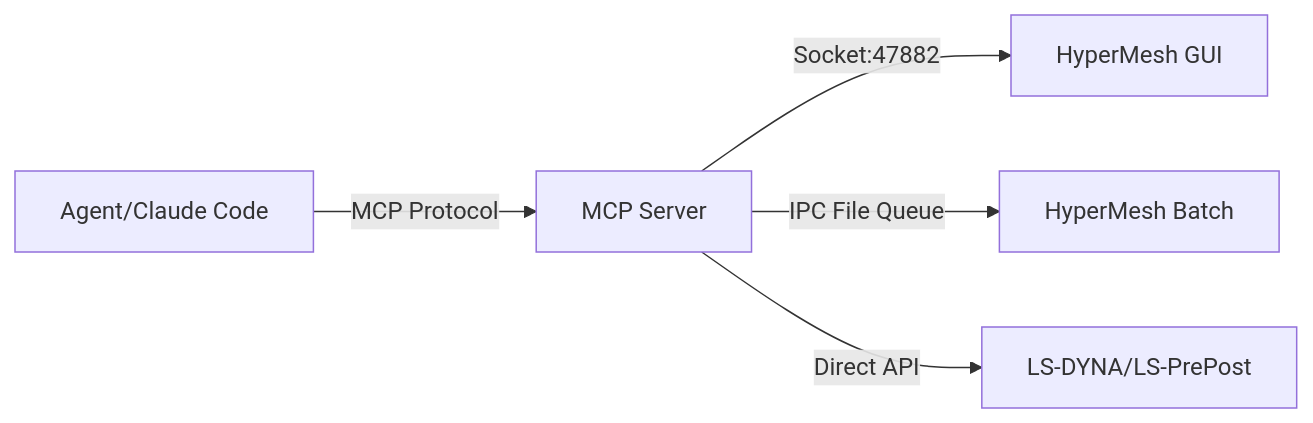
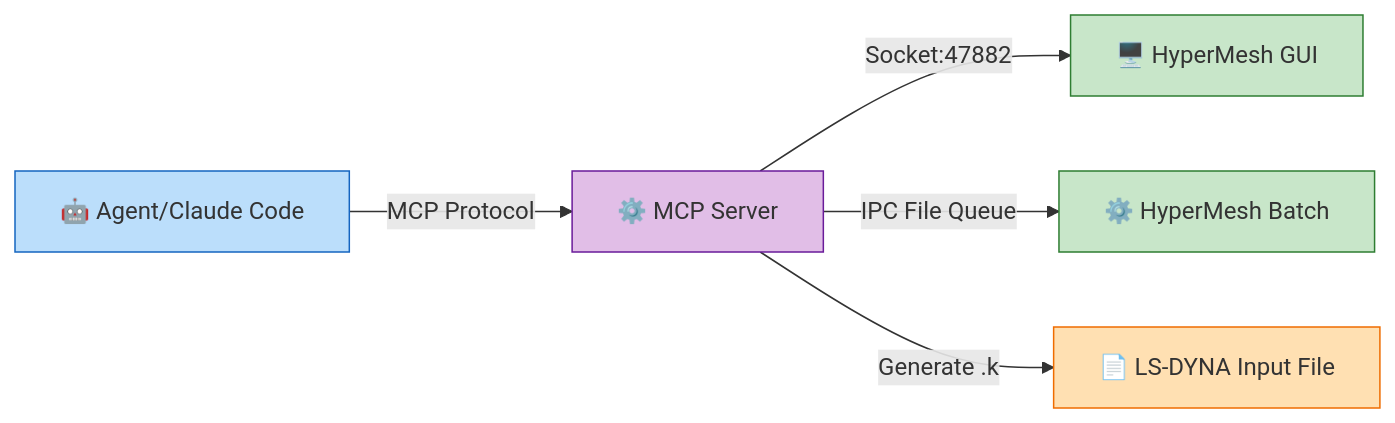
Before and after one commit to yesooner/hyper-dyna-mcp: the first of 2 diagrams in README.en.md, drawn with Mermaid. The commit also changed other lines of this file and 2 other files, not shown here.

First line of the commit message:
docs: 强调 LS-DYNA 设计定位，添加 Agent 调用说明

````diff
--- a/README.en.md
+++ b/README.en.md
@@ -37,7 +66,13 @@
 ```mermaid
 graph LR
-    A[Agent/Claude Code] -->|MCP Protocol| B[MCP Server]
-    B -->|Socket:47882| C[HyperMesh GUI]
-    B -->|IPC File Queue| D[HyperMesh Batch]
-    B -->|Direct API| E[LS-DYNA/LS-PrePost]
+    A["🤖 Agent/Claude Code"] -->|"MCP Protocol"| B["⚙️ MCP Server"]
+    B -->|"Socket:47882"| C["🖥️ HyperMesh GUI"]
+    B -->|"IPC File Queue"| D["⚙️ HyperMesh Batch"]
+    B -->|"Generate .k"| E["📄 LS-DYNA Input File"]
+    
+    style A fill:#bbdefb,stroke:#1565c0
+    style B fill:#e1bee7,stroke:#6a1b9a
+    style C fill:#c8e6c9,stroke:#2e7d32
+    style D fill:#c8e6c9,stroke:#2e7d32
+    style E fill:#ffe0b2,stroke:#ef6c00
 ```
````
